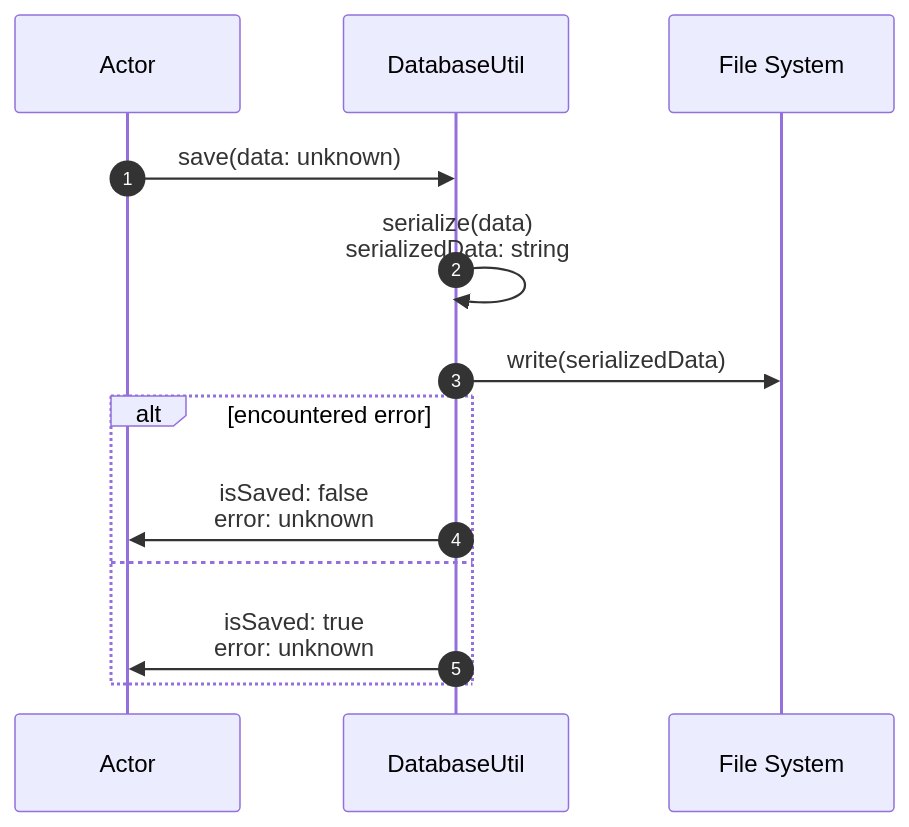
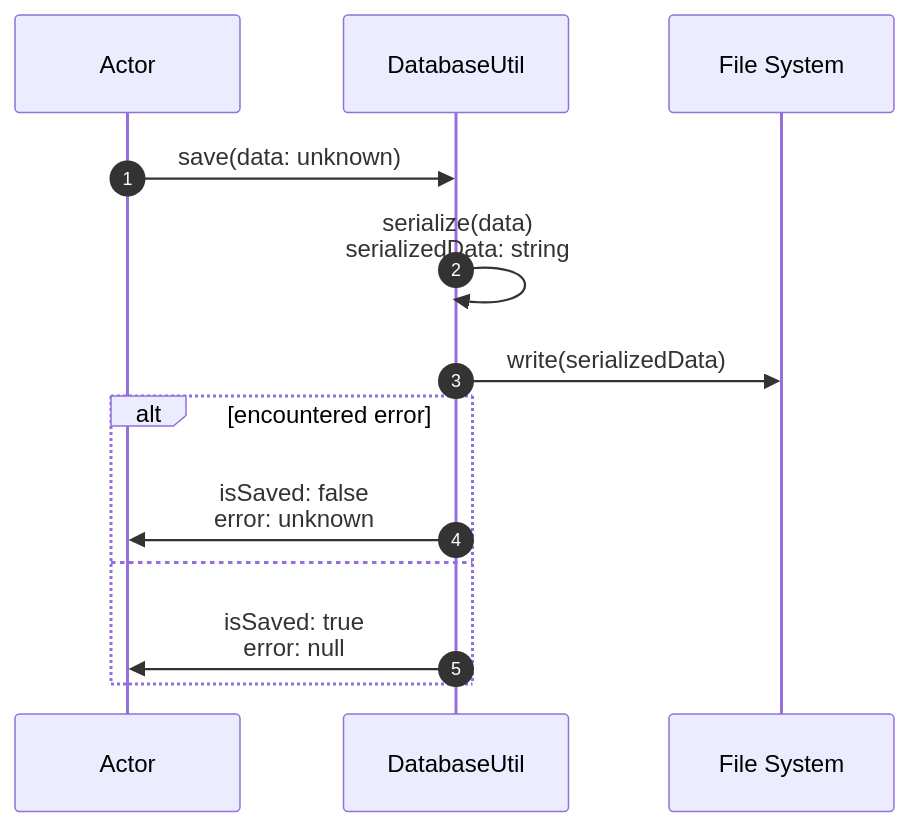
The fourth of 4 diagrams in docs/architecture/databaseUtil.md (normal-devs/klicker-knight), drawn with Mermaid before and after one commit. The commit also changed other lines of this file and 1 other file, not shown here.

````diff
--- a/docs/architecture/databaseUtil.md
+++ b/docs/architecture/databaseUtil.md
@@ -71,17 +68,17 @@
 ```mermaid
 sequenceDiagram
   autonumber
   participant A as Actor
   participant D as DatabaseUtil
   participant F as File System
 
   A ->> D: save(data: unknown)
   D ->> D: serialize(data) <br> serializedData: string
   D ->> F: write(serializedData)
 
   alt encountered error
     D ->> A: isSaved: false <br> error: unknown
   else
-    D ->> A: isSaved: true <br> error: unknown
+    D ->> A: isSaved: true <br> error: null
   end
 ```
````
